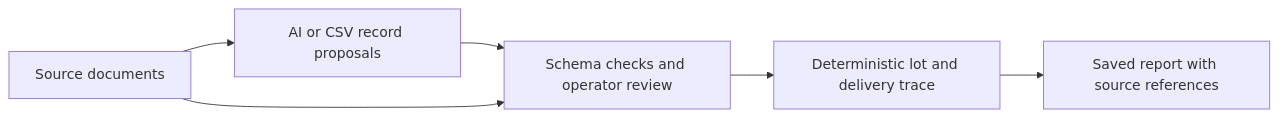
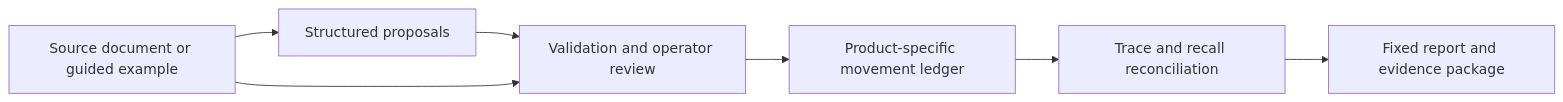
The diagram in README.md (HackIndiaXYZ/ai-first-startup-hackathon-build-a-startup-using-ai-only-console), drawn with Mermaid before and after one commit. The commit also changed other lines of this file and 97 other files, not shown here.

````diff
--- a/README.md
+++ b/README.md
@@ -68,8 +43,9 @@
 ```mermaid
 flowchart LR
-  A[Source documents] --> B[AI or CSV record proposals]
-  B --> C[Schema checks and operator review]
+  A[Source document or guided example] --> B[Structured proposals]
+  B --> C[Validation and operator review]
   A --> C
-  C --> D[Deterministic lot and delivery trace]
-  D --> E[Saved report with source references]
+  C --> D[Product-specific movement ledger]
+  D --> E[Trace and recall reconciliation]
+  E --> F[Fixed report and evidence package]
 ```
````
